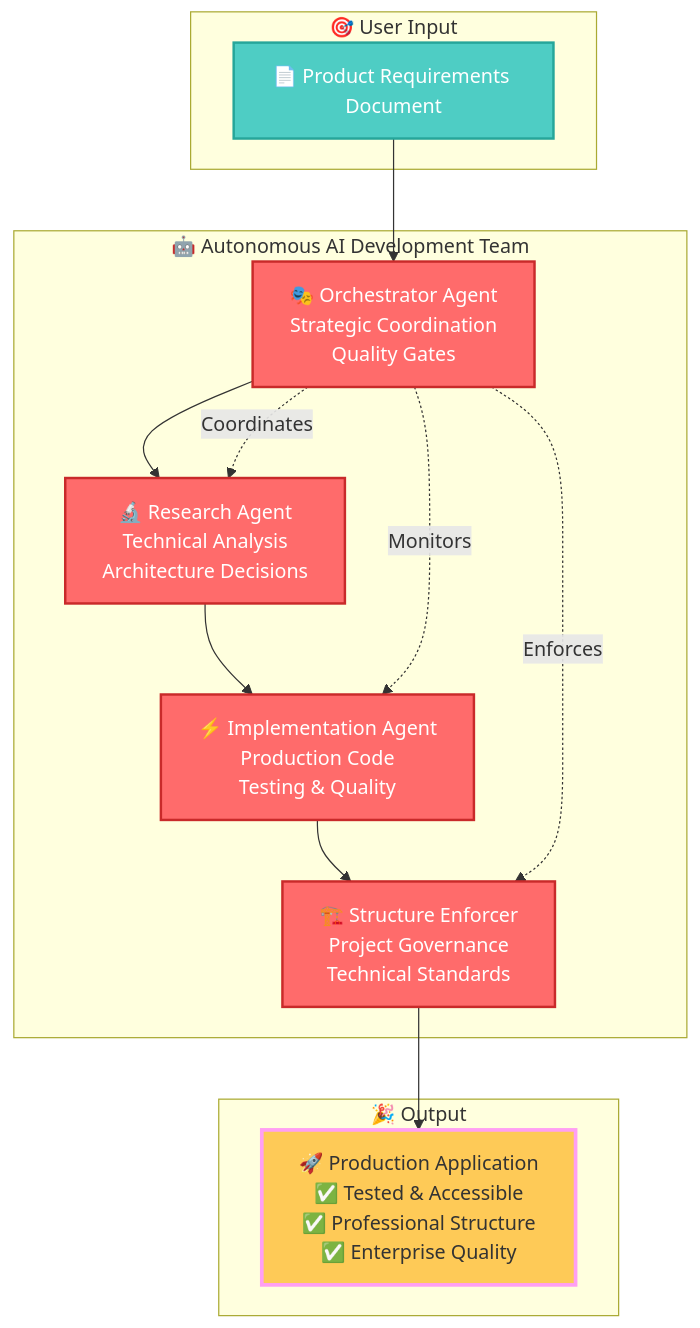
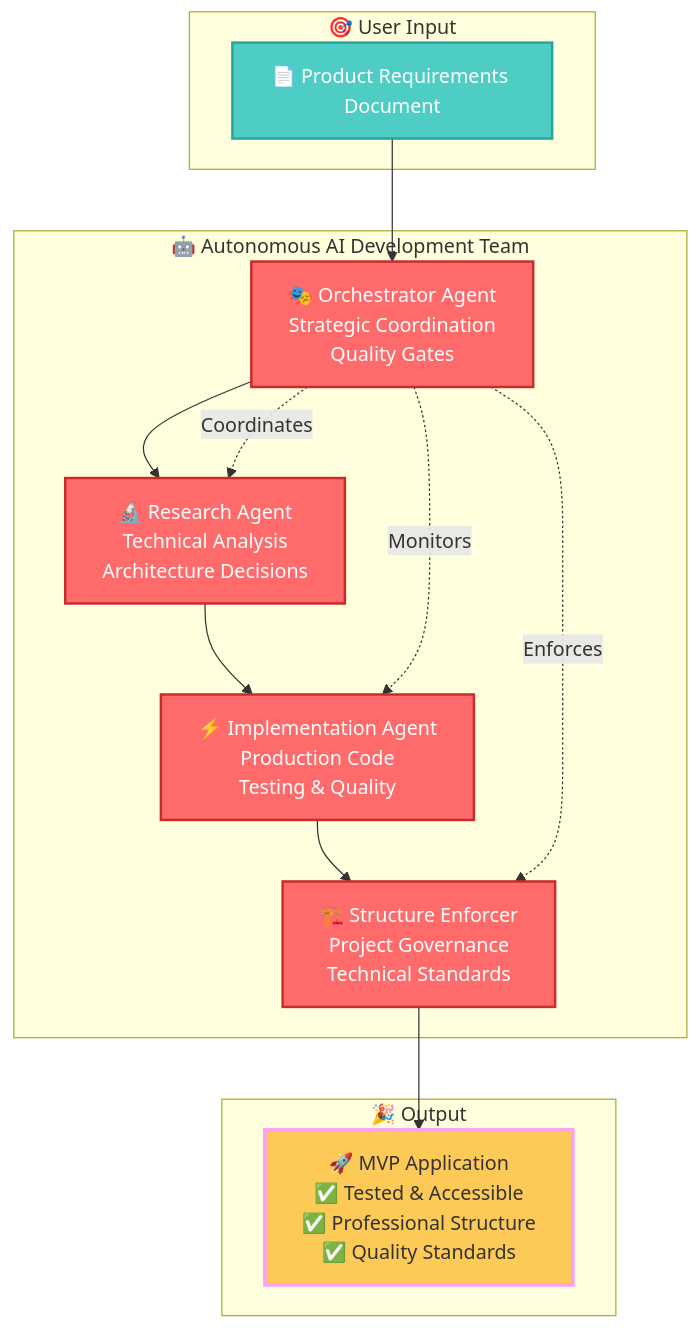
Before and after one commit to vanzan01/claude-code-sub-agent-collective: the first of 2 diagrams in README.md, drawn with Mermaid. The commit also changed other lines of this file and 2 other files, not shown here.

````diff
--- a/README.md
+++ b/README.md
@@ -29,35 +29,35 @@
 ```mermaid
 graph TB
     subgraph "🎯 User Input"
         PRD[📄 Product Requirements Document]
     end
     
     subgraph "🤖 Autonomous AI Development Team"
         Orchestrator[🎭 Orchestrator Agent<br/>Strategic Coordination<br/>Quality Gates]
         Research[🔬 Research Agent<br/>Technical Analysis<br/>Architecture Decisions]
         Implementation[⚡ Implementation Agent<br/>Production Code<br/>Testing & Quality]
         Structure[🏗️ Structure Enforcer<br/>Project Governance<br/>Technical Standards]
     end
     
     subgraph "🎉 Output"
-        App[🚀 Production Application<br/>✅ Tested & Accessible<br/>✅ Professional Structure<br/>✅ Enterprise Quality]
+        App[🚀 MVP Application<br/>✅ Tested & Accessible<br/>✅ Professional Structure<br/>✅ Quality Standards]
     end
     
     PRD --> Orchestrator
     Orchestrator --> Research
     Research --> Implementation
     Implementation --> Structure
     Structure --> App
     
     Orchestrator -.->|Coordinates| Research
     Orchestrator -.->|Monitors| Implementation
     Orchestrator -.->|Enforces| Structure
     
     classDef agent fill:#ff6b6b,stroke:#c92a2a,stroke-width:2px,color:#fff
     classDef input fill:#4ecdc4,stroke:#26a69a,stroke-width:2px,color:#fff
     classDef output fill:#feca57,stroke:#ff9ff3,stroke-width:3px,color:#333
     
     class Orchestrator,Research,Implementation,Structure agent
     class PRD input
     class App output
 ```
````
